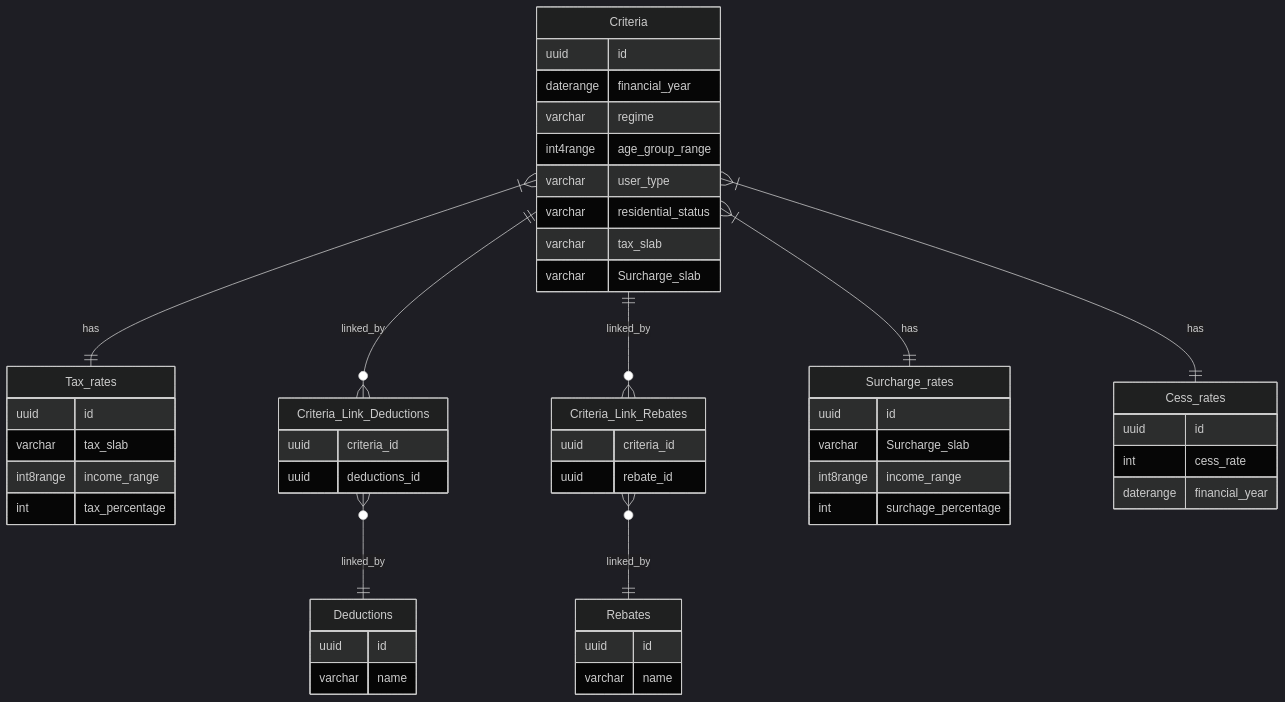
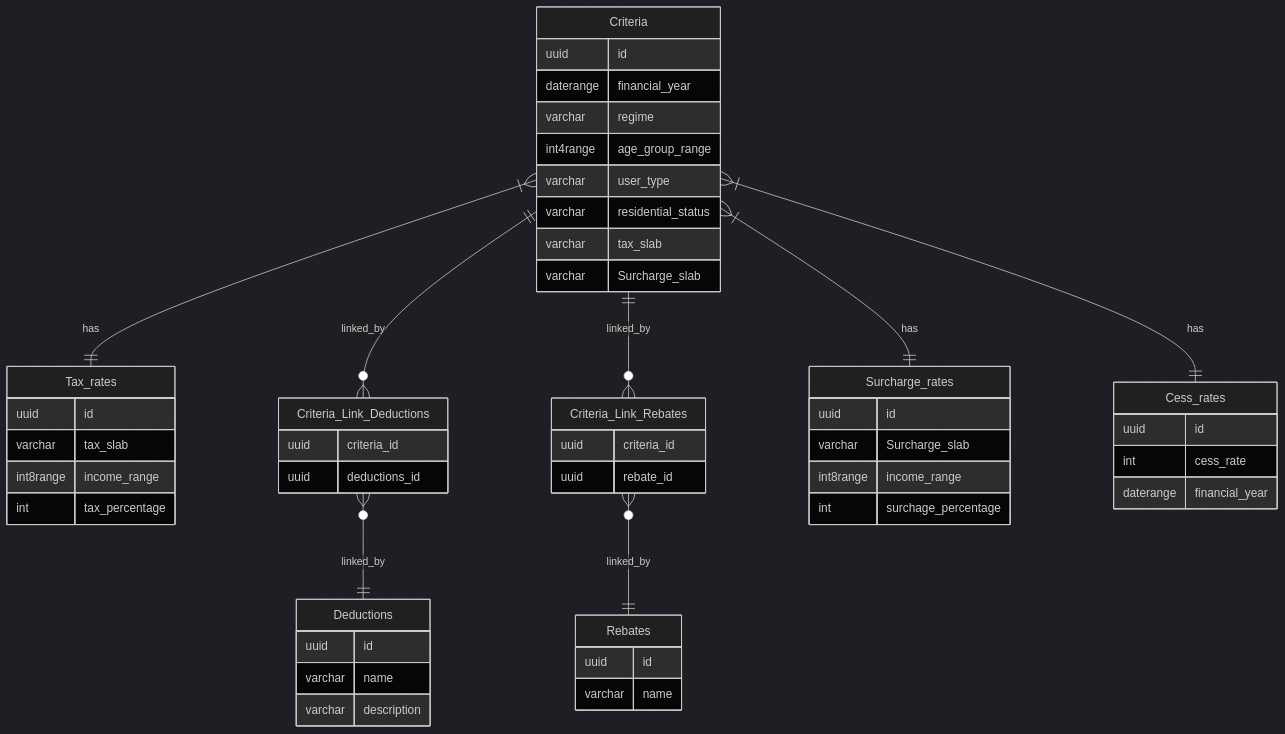
The diagram in database_erDiagram.mmd (divyanshu1593/tax-calculator), drawn with Mermaid (dark theme) before and after one commit. The commit also changed 1 other file, not shown here.

```diff
--- a/database_erDiagram.mmd
+++ b/database_erDiagram.mmd
@@ -1,63 +1,64 @@
 erDiagram
     Criteria {
         uuid id
         daterange financial_year
         varchar regime
         int4range age_group_range
         varchar user_type
         varchar residential_status
         varchar tax_slab
         varchar Surcharge_slab
     }
 
     Criteria }|--|| Tax_rates: has
 
     Deductions {
         uuid id
         varchar name
+        varchar description
     }
 
     Criteria_Link_Deductions {
         uuid criteria_id
         uuid deductions_id
     }
 
     Criteria ||--o{ Criteria_Link_Deductions: linked_by
     Criteria_Link_Deductions }o--|| Deductions: linked_by
 
     Tax_rates {
         uuid id
         varchar tax_slab
         int8range income_range
         int tax_percentage
     }
 
     Rebates {
         uuid id
         varchar name
     }
 
     Criteria_Link_Rebates {
         uuid criteria_id
         uuid rebate_id
     }
 
     Criteria ||--o{ Criteria_Link_Rebates: linked_by
     Criteria_Link_Rebates }o--|| Rebates: linked_by
 
     Surcharge_rates {
         uuid id
         varchar Surcharge_slab
         int8range income_range
         int surchage_percentage
     }
 
     Criteria }|--|| Surcharge_rates: has
 
     Cess_rates {
         uuid id
         int cess_rate
         daterange financial_year
     }
 
     Criteria }|--|| Cess_rates: has
```
